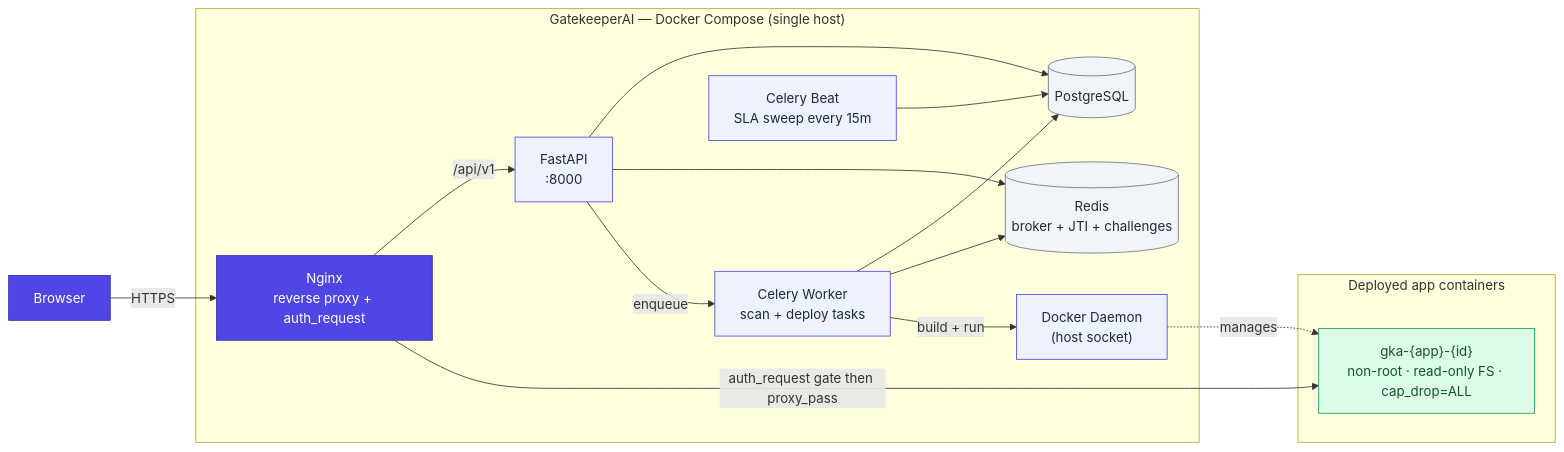
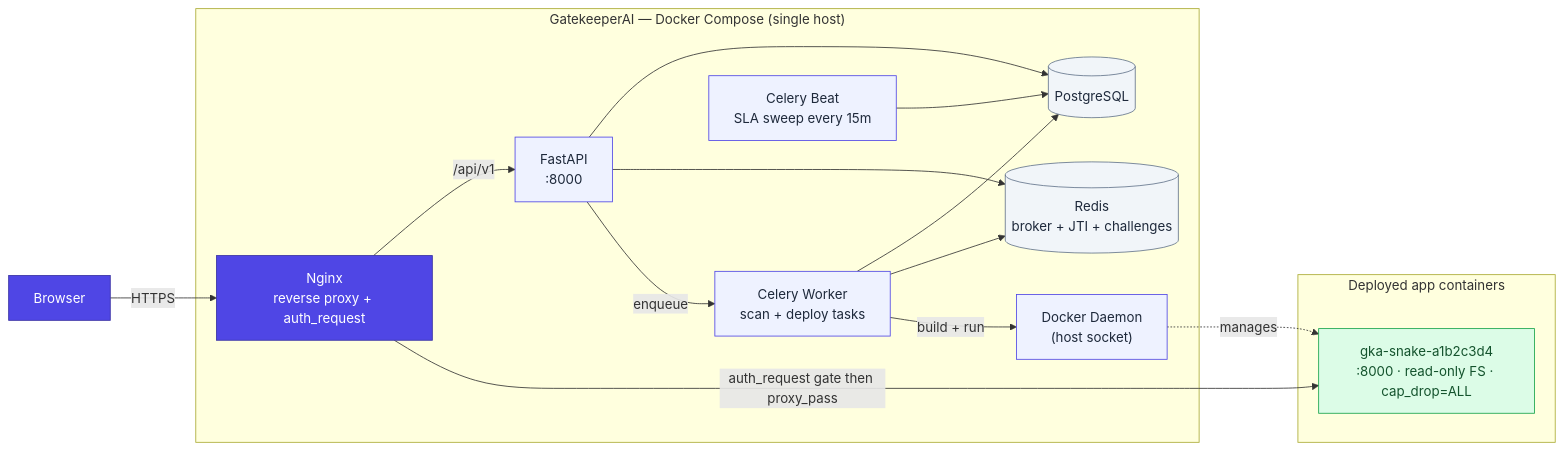
Before and after one commit to jacobthomasmichael/GatekeeperAI: the first of 2 diagrams in DESIGN.md, drawn with Mermaid. The commit also changed other lines of this file and 3 other files, not shown here.

First line of the commit message:
docs: add Snake worked example to architecture diagrams

````diff
--- a/DESIGN.md
+++ b/DESIGN.md
@@ -13,39 +13,39 @@
 ```mermaid
 flowchart LR
     Browser["Browser"]
 
     subgraph platform["GatekeeperAI — Docker Compose (single host)"]
         Nginx["Nginx<br/>reverse proxy + auth_request"]
         API["FastAPI<br/>:8000"]
         Worker["Celery Worker<br/>scan + deploy tasks"]
         Beat["Celery Beat<br/>SLA sweep every 15m"]
         PG[("PostgreSQL")]
         Redis[("Redis<br/>broker + JTI + challenges")]
         Docker["Docker Daemon<br/>(host socket)"]
     end
 
     subgraph apps["Deployed app containers"]
-        App1["gka-{app}-{id}<br/>non-root · read-only FS · cap_drop=ALL"]
+        App1["gka-snake-a1b2c3d4<br/>:8000 · read-only FS · cap_drop=ALL"]
     end
 
     Browser -->|HTTPS| Nginx
     Nginx -->|"/api/v1"| API
     Nginx -->|"auth_request gate then proxy_pass"| App1
     API --> PG
     API --> Redis
     API -->|enqueue| Worker
     Worker --> PG
     Worker --> Redis
     Worker -->|build + run| Docker
     Docker -.->|manages| App1
     Beat --> PG
 
     classDef entry fill:#4f46e5,stroke:#3730a3,color:#fff
     classDef compute fill:#eef2ff,stroke:#4f46e5,color:#1e293b
     classDef store fill:#f1f5f9,stroke:#64748b,color:#1e293b
     classDef app fill:#dcfce7,stroke:#16a34a,color:#14532d
     class Browser,Nginx entry
     class API,Worker,Beat,Docker compute
     class PG,Redis store
     class App1 app
 ```
````
